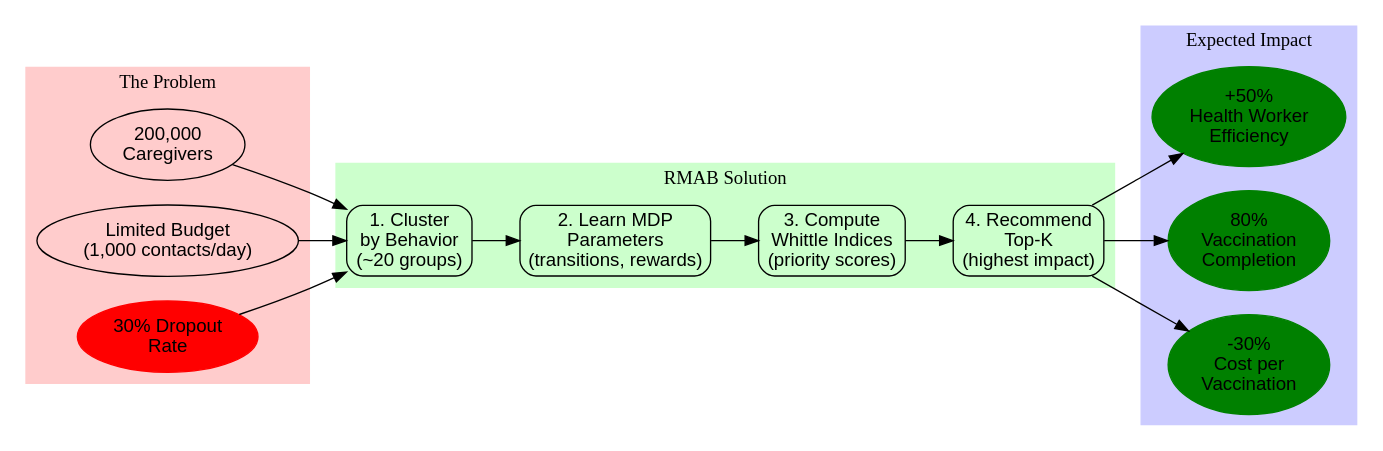
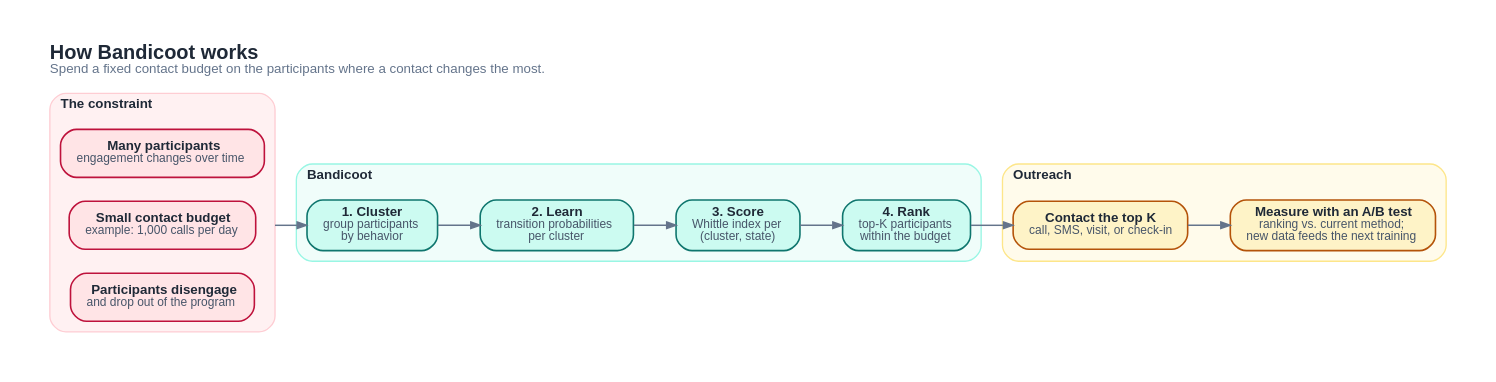
One commit to bhi5hmaraj/bandicoot changed the diagram in docs/diagrams/rmab-workflow.dot. Above: the diagram before and after it, drawn with Graphviz. The commit also changed 20 other files, not shown here.

First line of the commit message:
Redesign diagrams and make README cause-neutral (checkpoint)

```diff
--- a/docs/diagrams/rmab-workflow.dot
+++ b/docs/diagrams/rmab-workflow.dot
@@ -1,52 +1,45 @@
+// How Bandicoot works: from a contact budget to a ranked contact list.
+// Render: dot -Tsvg rmab-workflow.dot -o rmab-workflow.svg
 digraph RMABWorkflow {
-    rankdir=LR;
-    node [shape=box, style=rounded, fontname="Arial"];
-    edge [fontname="Arial"];
+    graph [rankdir=LR, compound=true, newrank=true, bgcolor="#ffffff", pad="0.3",
+           nodesep="0.25", ranksep="0.45", labelloc=t, labeljust=l,
+           fontname="Helvetica,Arial,sans-serif", fontsize=10, fontcolor="#1f2937"];
+    node  [shape=box, style="rounded,filled", penwidth=1.2, margin="0.16,0.07",
+           fontname="Helvetica,Arial,sans-serif", fontsize=10, fontcolor="#1f2937",
+           fillcolor="#ffffff", color="#94a3b8"];
+    edge  [color="#64748b", penwidth=1.1, arrowsize=0.7,
+           fontname="Helvetica,Arial,sans-serif", fontsize=9, fontcolor="#475569"];
 
-    // Problem
     subgraph cluster_problem {
-        label="The Problem";
-        style=filled;
-        color="#ffcccc";
-
-        caregivers [label="200,000\nCaregivers", shape=ellipse];
-        budget [label="Limited Budget\n(1,000 contacts/day)", shape=ellipse];
-        dropout [label="30% Dropout\nRate", shape=ellipse, color=red, style="filled,rounded"];
+        label=<<b>The constraint</b>>;
+        style="rounded,filled"; fillcolor="#fff1f2"; color="#fecdd3";
+        node [fillcolor="#ffe4e6", color="#be123c"];
+        participants [label=<<b>Many participants</b><br/><font point-size="9" color="#475569">engagement changes over time</font>>];
+        budget       [label=<<b>Small contact budget</b><br/><font point-size="9" color="#475569">example: 1,000 calls per day</font>>];
+        lapse        [label=<<b>Participants disengage</b><br/><font point-size="9" color="#475569">and drop out of the program</font>>];
     }
 
-    // RMAB Solution
-    subgraph cluster_rmab {
-        label="RMAB Solution";
-        style=filled;
-        color="#ccffcc";
-
-        cluster [label="1. Cluster\nby Behavior\n(~20 groups)"];
-        learn [label="2. Learn MDP\nParameters\n(transitions, rewards)"];
-        whittle [label="3. Compute\nWhittle Indices\n(priority scores)"];
-        recommend [label="4. Recommend\nTop-K\n(highest impact)"];
+    subgraph cluster_bandicoot {
+        label=<<b>Bandicoot</b>>;
+        style="rounded,filled"; fillcolor="#f0fdfa"; color="#99f6e4";
+        node [fillcolor="#ccfbf1", color="#0f766e"];
+        group  [label=<<b>1. Cluster</b><br/><font point-size="9" color="#475569">group participants<br/>by behavior</font>>];
+        learn  [label=<<b>2. Learn</b><br/><font point-size="9" color="#475569">transition probabilities<br/>per cluster</font>>];
+        score  [label=<<b>3. Score</b><br/><font point-size="9" color="#475569">Whittle index per<br/>(cluster, state)</font>>];
+        rank   [label=<<b>4. Rank</b><br/><font point-size="9" color="#475569">top-K participants<br/>within the budget</font>>];
     }
 
-    // Impact
-    subgraph cluster_impact {
-        label="Expected Impact";
-        style=filled;
-        color="#ccccff";
-
-        efficiency [label="+50%\nHealth Worker\nEfficiency", shape=ellipse, color=green, style="filled,rounded"];
-        completion [label="80%\nVaccination\nCompletion", shape=ellipse, color=green, style="filled,rounded"];
-        cost [label="-30%\nCost per\nVaccination", shape=ellipse, color=green, style="filled,rounded"];
+    subgraph cluster_outreach {
+        label=<<b>Outreach</b>>;
+        style="rounded,filled"; fillcolor="#fffbeb"; color="#fde68a";
+        node [fillcolor="#fef3c7", color="#b45309"];
+        contact [label=<<b>Contact the top K</b><br/><font point-size="9" color="#475569">call, SMS, visit, or check-in</font>>];
+        measure [label=<<b>Measure with an A/B test</b><br/><font point-size="9" color="#475569">ranking vs. current method;<br/>new data feeds the next training</font>>];
     }
 
-    // Flow
-    caregivers -> cluster;
-    budget -> cluster;
-    dropout -> cluster;
+    budget -> group [ltail=cluster_problem];
+    group -> learn -> score -> rank;
+    rank -> contact -> measure;
 
-    cluster -> learn;
-    learn -> whittle;
-    whittle -> recommend;
-
-    recommend -> efficiency;
-    recommend -> completion;
-    recommend -> cost;
+    label=<<font point-size="15"><b>How Bandicoot works</b></font><br align="left"/><font point-size="10" color="#64748b">Spend a fixed contact budget on the participants where a contact changes the most.</font><br align="left"/>>;
 }
```
